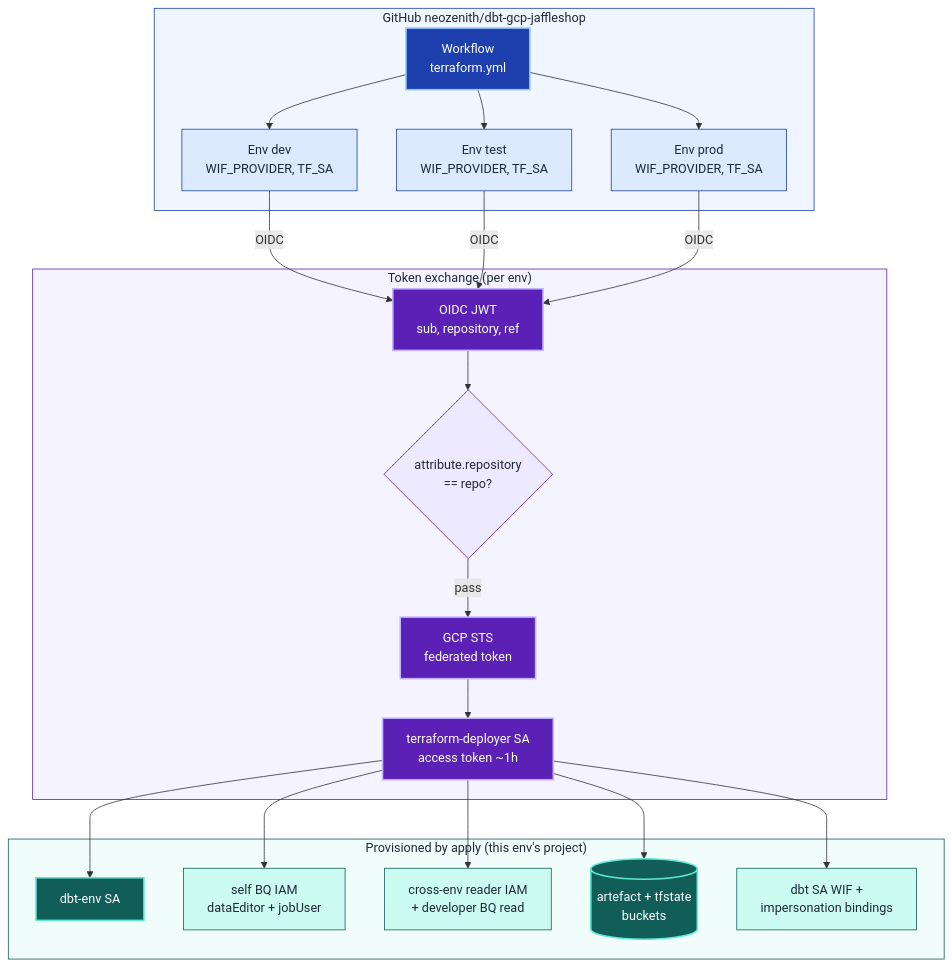
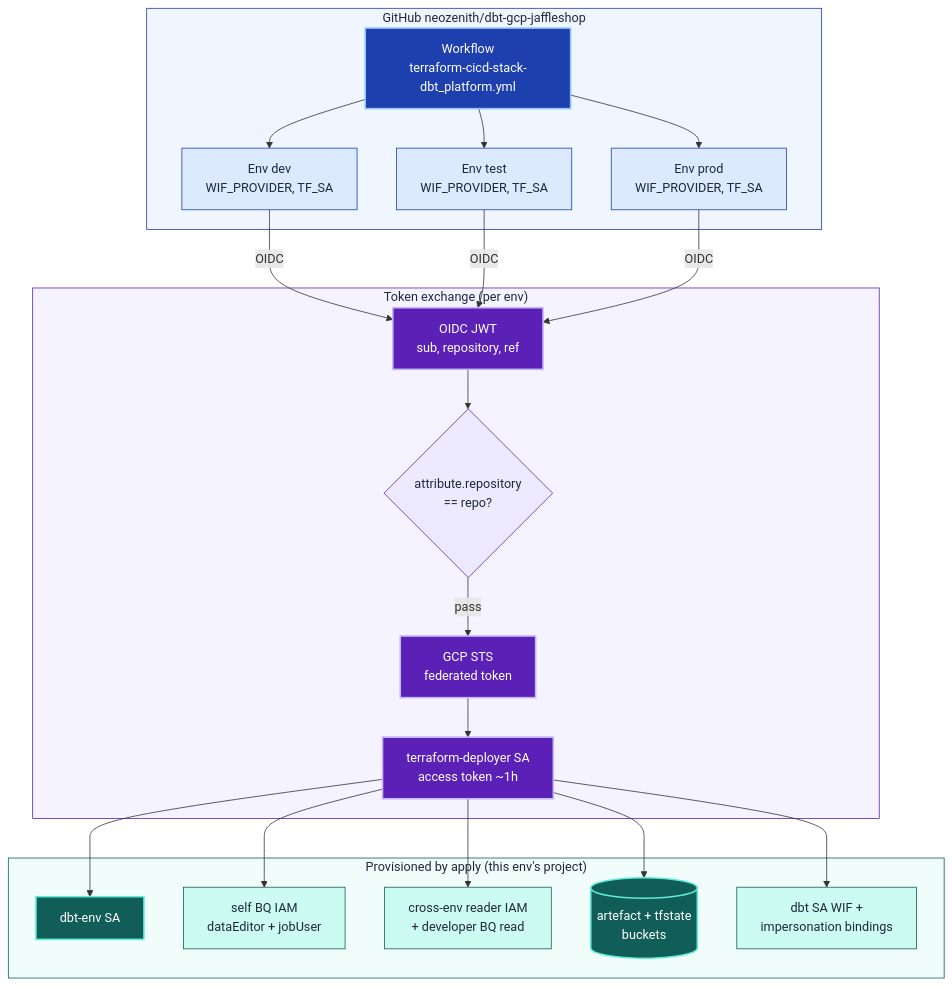
Before and after one commit to neozenith/dbt-gcp-jaffleshop: the second of 4 diagrams in infra/AUTH.md, drawn with Mermaid. The commit also changed other lines of this file and 44 other files, not shown here.

````diff
--- a/infra/AUTH.md
+++ b/infra/AUTH.md
@@ -54,53 +54,53 @@
 ```mermaid
 flowchart TD
     subgraph gh["GitHub  neozenith/dbt-gcp-jaffleshop"]
-        wf["Workflow<br/>terraform.yml"]:::ingress
+        wf["Workflow<br/>terraform-cicd-stack-dbt_platform.yml"]:::ingress
         envd["Env dev<br/>WIF_PROVIDER, TF_SA"]:::ingressL
         envt["Env test<br/>WIF_PROVIDER, TF_SA"]:::ingressL
         envp["Env prod<br/>WIF_PROVIDER, TF_SA"]:::ingressL
     end
 
     subgraph xchg["Token exchange (per env)"]
         oidc["OIDC JWT<br/>sub, repository, ref"]:::compute
         repochk{"attribute.repository<br/>== repo?"}:::computeL
         sts["GCP STS<br/>federated token"]:::compute
         tfsa["terraform-deployer SA<br/>access token ~1h"]:::compute
     end
 
     subgraph prov["Provisioned by apply (this env's project)"]
         dbtsa["dbt-env SA"]:::data
         selfiam["self BQ IAM<br/>dataEditor + jobUser"]:::dataL
         xiam["cross-env reader IAM<br/>+ developer BQ read"]:::dataL
         buckets[("artefact + tfstate<br/>buckets")]:::data
         wifb["dbt SA WIF +<br/>impersonation bindings"]:::dataL
     end
 
     wf --> envd
     wf --> envt
     wf --> envp
     envd -->|OIDC| oidc
     envt -->|OIDC| oidc
     envp -->|OIDC| oidc
     oidc --> repochk
     repochk -->|pass| sts
     sts --> tfsa
     tfsa --> dbtsa
     tfsa --> selfiam
     tfsa --> xiam
     tfsa --> buckets
     tfsa --> wifb
 
     classDef ingress  fill:#1e40af,stroke:#93c5fd,color:#fff,stroke-width:2px
     classDef ingressL fill:#dbeafe,stroke:#1e40af,color:#1e293b,stroke-width:1px
     classDef compute  fill:#5b21b6,stroke:#c4b5fd,color:#fff,stroke-width:2px
     classDef computeL fill:#ede9fe,stroke:#5b21b6,color:#1e293b,stroke-width:1px
     classDef data     fill:#115e59,stroke:#5eead4,color:#fff,stroke-width:2px
     classDef dataL    fill:#ccfbf1,stroke:#115e59,color:#1e293b,stroke-width:1px
     classDef sgBlue   fill:#eff6ff,stroke:#1e40af,color:#1e293b
     classDef sgViolet fill:#f5f3ff,stroke:#5b21b6,color:#1e293b
     classDef sgTeal   fill:#f0fdfa,stroke:#115e59,color:#1e293b
 
     class gh sgBlue
     class xchg sgViolet
     class prov sgTeal
 ```
````
